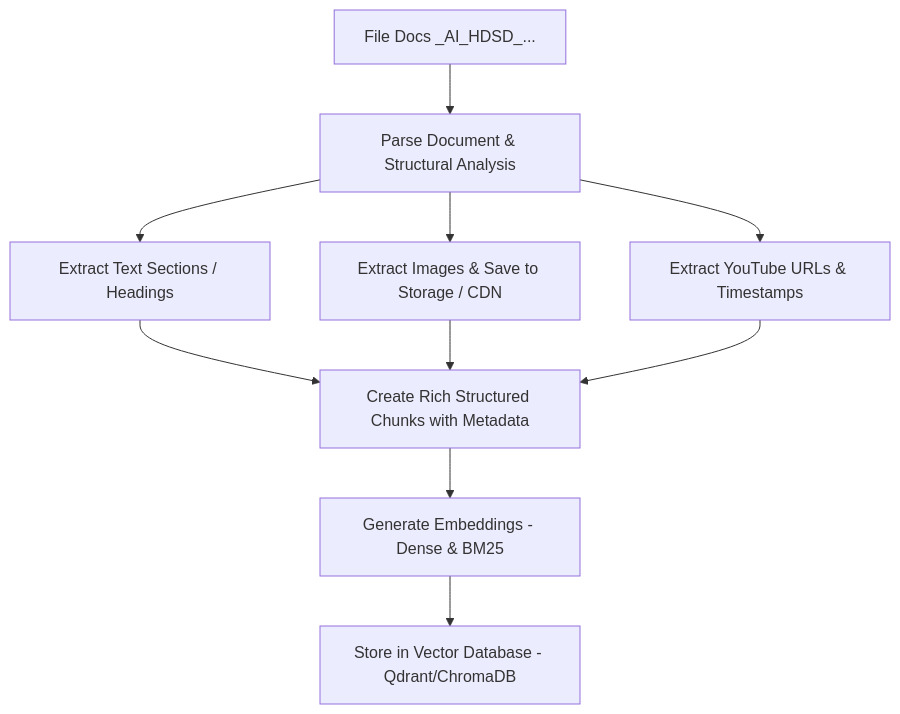
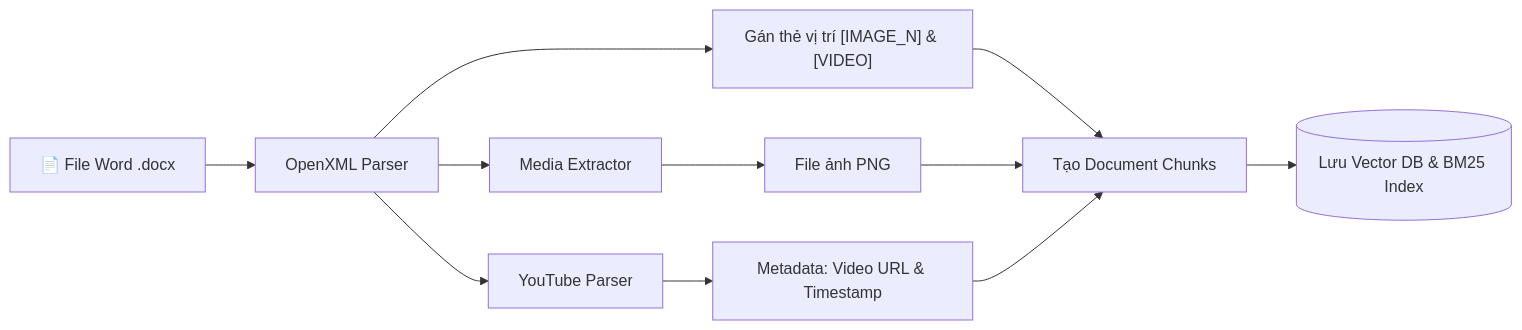
Before and after one commit to CaoAnhNato/Chatbot_HDSD: the third of 4 diagrams in Bussiness_Rules/docs/PROJECT_CANVAS_ARCHITECTURE.md, drawn with Mermaid. The commit also changed other lines of this file and 29 other files, not shown here.

Commit message:
docs: standardize documentation, unify system architecture, and update README

````diff
--- a/Bussiness_Rules/docs/PROJECT_CANVAS_ARCHITECTURE.md
+++ b/Bussiness_Rules/docs/PROJECT_CANVAS_ARCHITECTURE.md
@@ -72,10 +132,11 @@
 ```mermaid
-flowchart TD
-    A["File Docs _AI_HDSD_..."] --> B["Parse Document & Structural Analysis"]
-    B --> C["Extract Text Sections / Headings"]
-    B --> D["Extract Images & Save to Storage / CDN"]
-    B --> E["Extract YouTube URLs & Timestamps"]
-    C & D & E --> F["Create Rich Structured Chunks with Metadata"]
-    F --> G["Generate Embeddings - Dense & BM25"]
-    G --> H["Store in Vector Database - Qdrant/ChromaDB"]
+flowchart LR
+    A["📄 File Word .docx"] --> B["OpenXML Parser"]
+    B --> C["Media Extractor"]
+    B --> D["YouTube Parser"]
+    C --> E["File ảnh PNG"]
+    D --> F["Metadata: Video URL & Timestamp"]
+    B --> G["Gán thẻ vị trí [IMAGE_N] & [VIDEO]"]
+    G & E & F --> H["Tạo Document Chunks"]
+    H --> I[("Lưu Vector DB & BM25 Index")]
 ```
````
